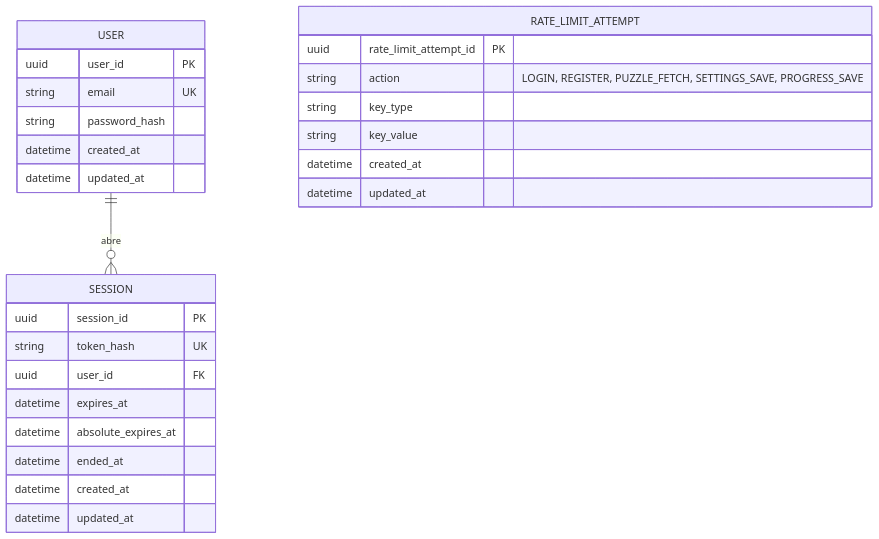
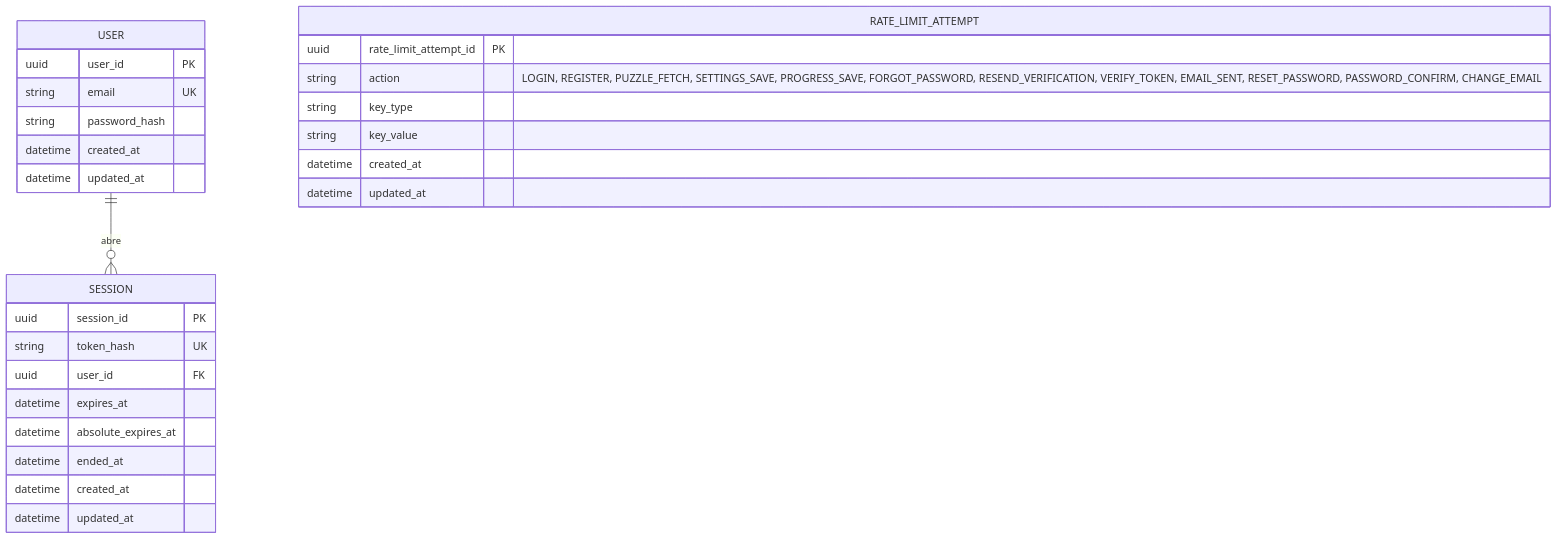
The diagram in docs/entity-relationship-diagrams/ERD-001-banco-auth-convites.md (BrunoYTanaka/cruzadinha), drawn with Mermaid before and after one commit. The commit also changed 13 other files, not shown here.

````diff
--- a/docs/entity-relationship-diagrams/ERD-001-banco-auth-convites.md
+++ b/docs/entity-relationship-diagrams/ERD-001-banco-auth-convites.md
@@ -1,32 +1,32 @@
 ```mermaid
 erDiagram
     USER {
         uuid user_id PK
         string email UK
         string password_hash
         datetime created_at
         datetime updated_at
     }
 
     SESSION {
         uuid session_id PK
         string token_hash UK
         uuid user_id FK
         datetime expires_at
         datetime absolute_expires_at
         datetime ended_at
         datetime created_at
         datetime updated_at
     }
 
     RATE_LIMIT_ATTEMPT {
         uuid rate_limit_attempt_id PK
-        string action "LOGIN, REGISTER, PUZZLE_FETCH, SETTINGS_SAVE, PROGRESS_SAVE"
+        string action "LOGIN, REGISTER, PUZZLE_FETCH, SETTINGS_SAVE, PROGRESS_SAVE, FORGOT_PASSWORD, RESEND_VERIFICATION, VERIFY_TOKEN, EMAIL_SENT, RESET_PASSWORD, PASSWORD_CONFIRM, CHANGE_EMAIL"
         string key_type
         string key_value
         datetime created_at
         datetime updated_at
     }
 
     USER ||--o{ SESSION : "abre"
 ```
````
